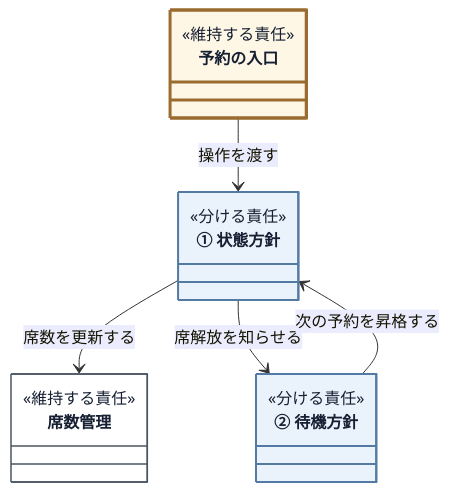
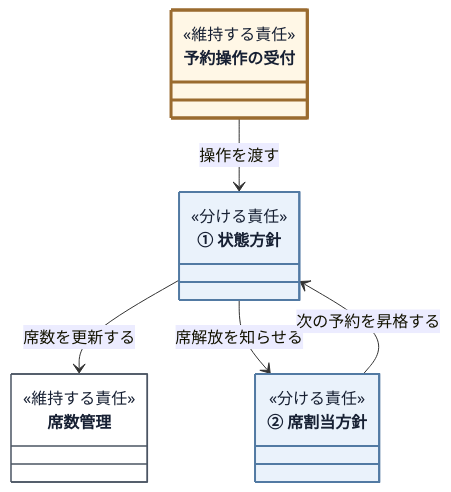
Diagram 11 of 20 in kindle/design-patterns/books/volume01-core-patterns/output/04-chapter02.md (kumachan1101-pixel/DesignPattern), drawn with Mermaid before and after one commit. The commit also changed other lines of this file and 14 other files, not shown here.

````diff
--- a/kindle/design-patterns/books/volume01-core-patterns/output/04-chapter02.md
+++ b/kindle/design-patterns/books/volume01-core-patterns/output/04-chapter02.md
@@ -1437,25 +1439,25 @@
 ```mermaid
 classDiagram
     %% provisional-role-diagram
     direction TB
-    class ReservationEntry["予約の入口"]:::current {
+    class ReservationEntry["予約操作の受付"]:::current {
         <<維持する責任>>
     }
     class StatePolicy["① 状態方針"]:::separated {
         <<分ける責任>>
     }
-    class WaitPolicy["② 待機方針"]:::separated {
+    class WaitPolicy["② 席割当方針"]:::separated {
         <<分ける責任>>
     }
     class SeatCount["席数管理"]:::stable {
         <<維持する責任>>
     }
     ReservationEntry --> StatePolicy : 操作を渡す
     StatePolicy --> SeatCount : 席数を更新する
     StatePolicy --> WaitPolicy : 席解放を知らせる
     WaitPolicy --> StatePolicy : 次の予約を昇格する
 
     classDef stable fill:#ffffff,stroke:#4b5563,stroke-width:1.5px,color:#172033;
     classDef separated fill:#eaf2fb,stroke:#527aa3,stroke-width:2px,color:#172033;
     classDef current fill:#fff7e6,stroke:#9a6b2f,stroke-width:3px,color:#172033;
 ```
````
